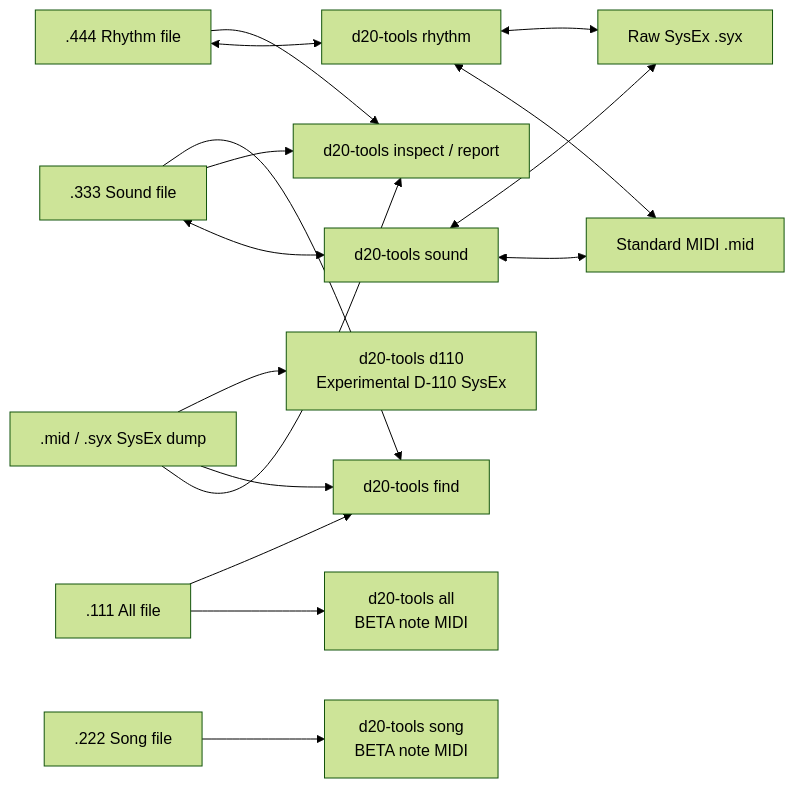
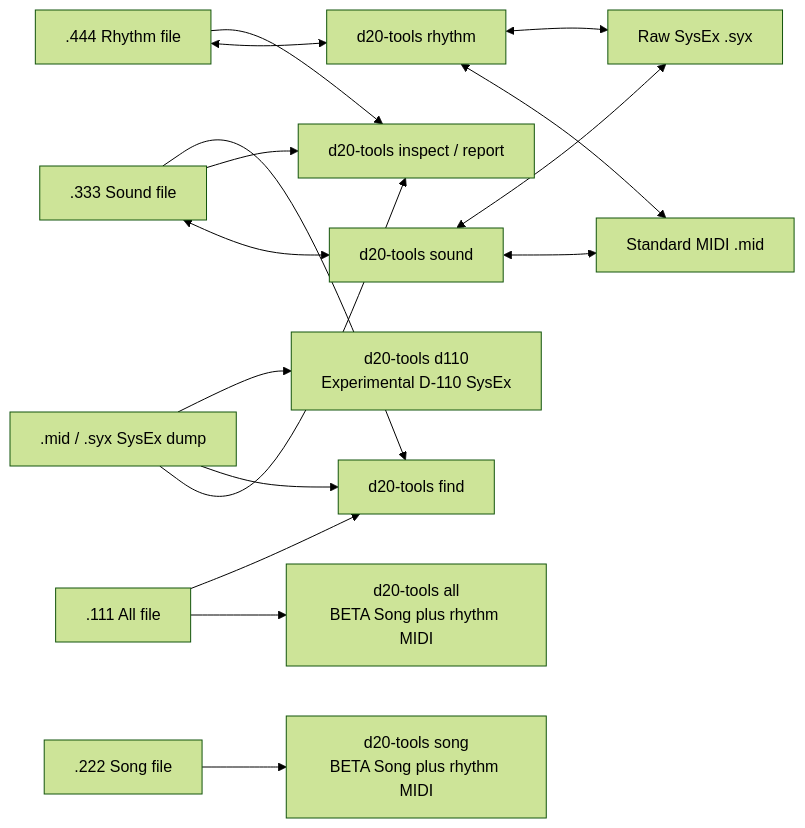
The diagram in README.md (rjburrows/roland-d20-tools), drawn with Mermaid (forest theme) before and after one commit. The commit also changed other lines of this file and 12 other files, not shown here.

Commit message:
Add BETA rhythm track and pattern MIDI export

````diff
--- a/README.md
+++ b/README.md
@@ -85,18 +92,18 @@
 ```mermaid
 flowchart LR
     K[.mid / .syx SysEx dump] --> L[d20-tools inspect / report]
     K --> M[d20-tools find]
     A[.333 Sound file] <--> B[d20-tools sound]
     C[.444 Rhythm file] <--> D[d20-tools rhythm]
     A --> L
     A --> M
     C --> L
     B <--> E[Standard MIDI .mid]
     B <--> F[Raw SysEx .syx]
     D <--> E
     D <--> F
     K --> N[d20-tools d110\nExperimental D-110 SysEx]
-    G[.222 Song file] --> H[d20-tools song\nBETA note MIDI]
-    I[.111 All file] --> J[d20-tools all\nBETA note MIDI]
+    G[.222 Song file] --> H[d20-tools song\nBETA Song plus rhythm MIDI]
+    I[.111 All file] --> J[d20-tools all\nBETA Song plus rhythm MIDI]
     I --> M
 ```
````
